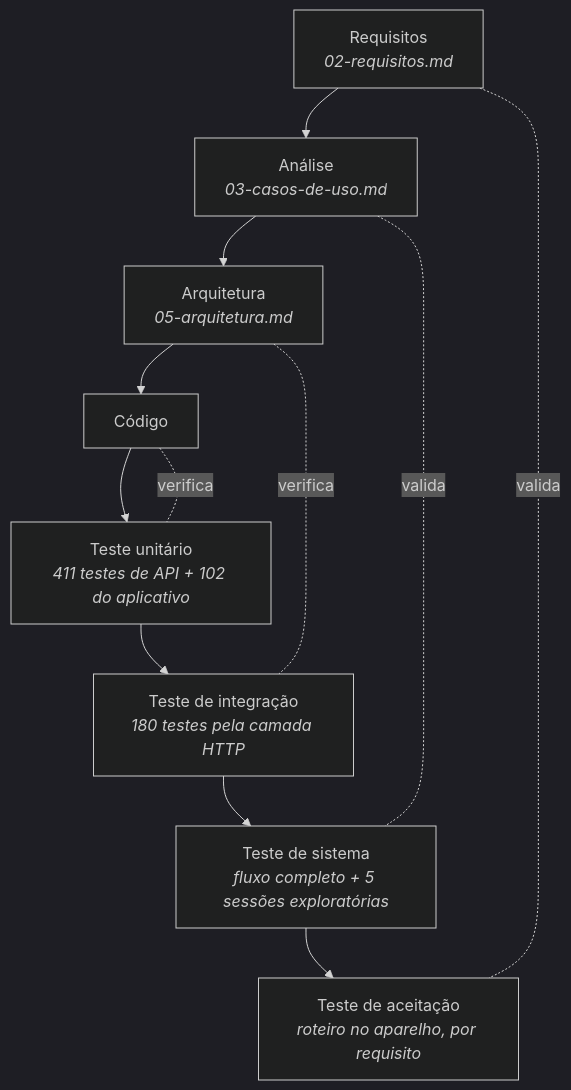
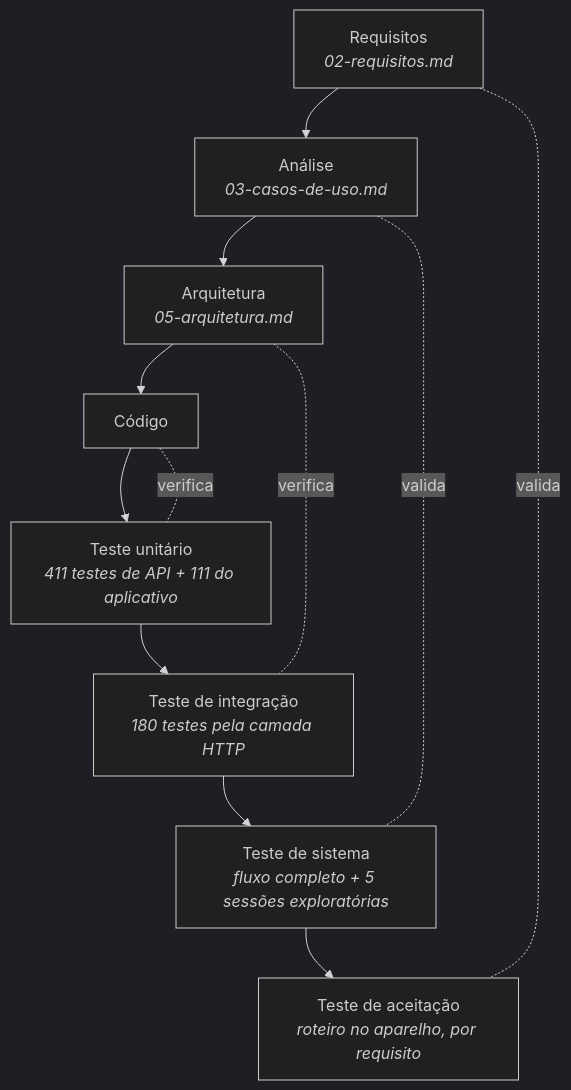
Before and after one commit to lucasmoraiss/CoupleSync: the diagram in docs/pit/07-plano-de-testes.md, drawn with Mermaid (dark theme). The commit also changed other lines of this file and 10 other files, not shown here.

````diff
--- a/docs/pit/07-plano-de-testes.md
+++ b/docs/pit/07-plano-de-testes.md
@@ -24,18 +25,18 @@
 ```mermaid
 flowchart TB
     R["Requisitos<br/><i>02-requisitos.md</i>"]
     A["Análise<br/><i>03-casos-de-uso.md</i>"]
     Q["Arquitetura<br/><i>05-arquitetura.md</i>"]
     C["Código"]
-    TU["Teste unitário<br/><i>411 testes de API + 102 do aplicativo</i>"]
+    TU["Teste unitário<br/><i>411 testes de API + 111 do aplicativo</i>"]
     TI["Teste de integração<br/><i>180 testes pela camada HTTP</i>"]
     TS["Teste de sistema<br/><i>fluxo completo + 5 sessões exploratórias</i>"]
     TA["Teste de aceitação<br/><i>roteiro no aparelho, por requisito</i>"]
 
     R --> A --> Q --> C
     C --> TU --> TI --> TS --> TA
     R -. valida .- TA
     A -. valida .- TS
     Q -. verifica .- TI
     C -. verifica .- TU
 ```
````
